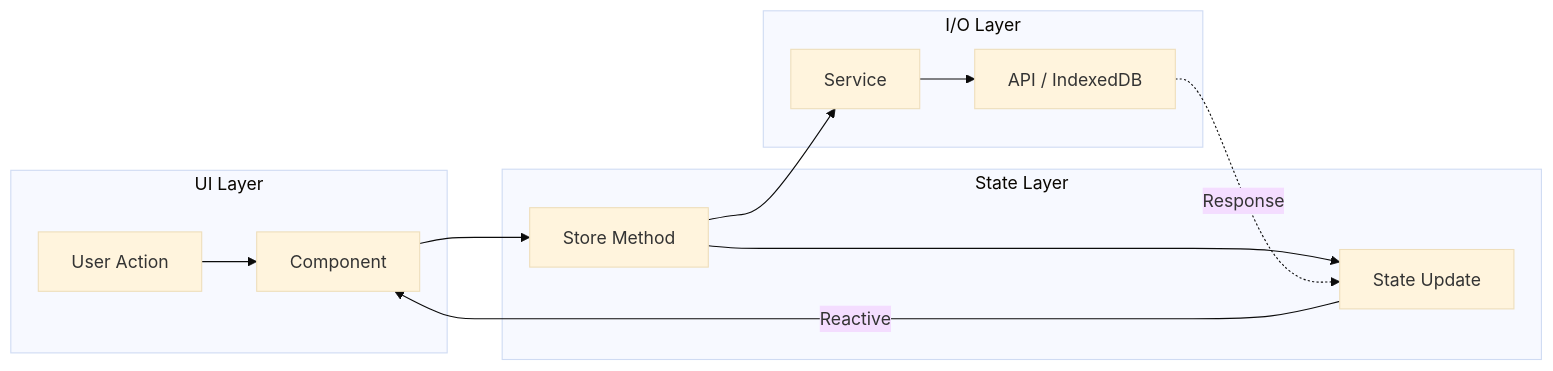
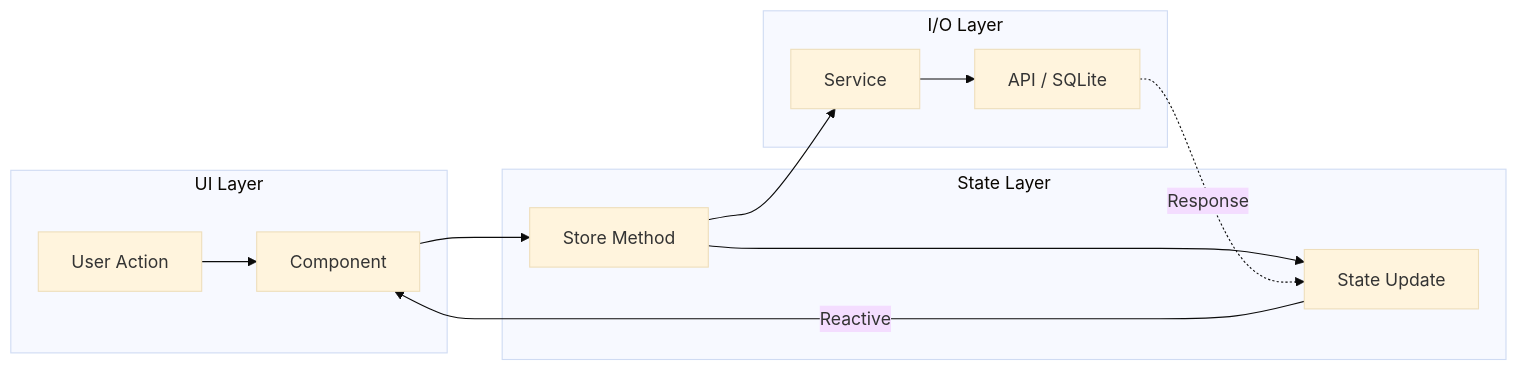
Before and after one commit to gugugiyu/magic.cpp: the fifth of 6 diagrams in packages/frontend/README.md, drawn with Mermaid (base theme). The commit also changed other lines of this file and 6 other files, not shown here.

Commit message:
docs: update docs to match current system architecture

````diff
--- a/packages/frontend/README.md
+++ b/packages/frontend/README.md
@@ -483,19 +618,19 @@
 ```mermaid
 flowchart LR
     subgraph UI["UI Layer"]
         A[User Action] --> B[Component]
     end
 
     subgraph State["State Layer"]
         B --> C[Store Method]
         C --> D[State Update]
     end
 
     subgraph IO["I/O Layer"]
         C --> E[Service]
-        E --> F[API / IndexedDB]
+        E --> F[API / SQLite]
         F -.->|Response| D
     end
 
     D -->|Reactive| B
 ```
````
